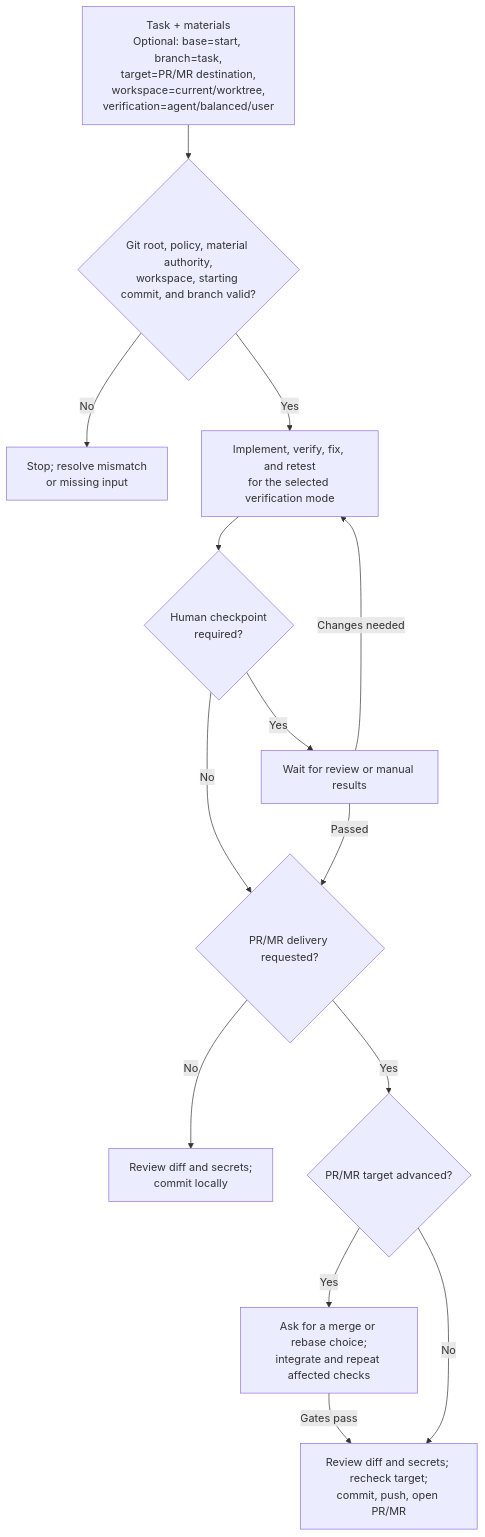
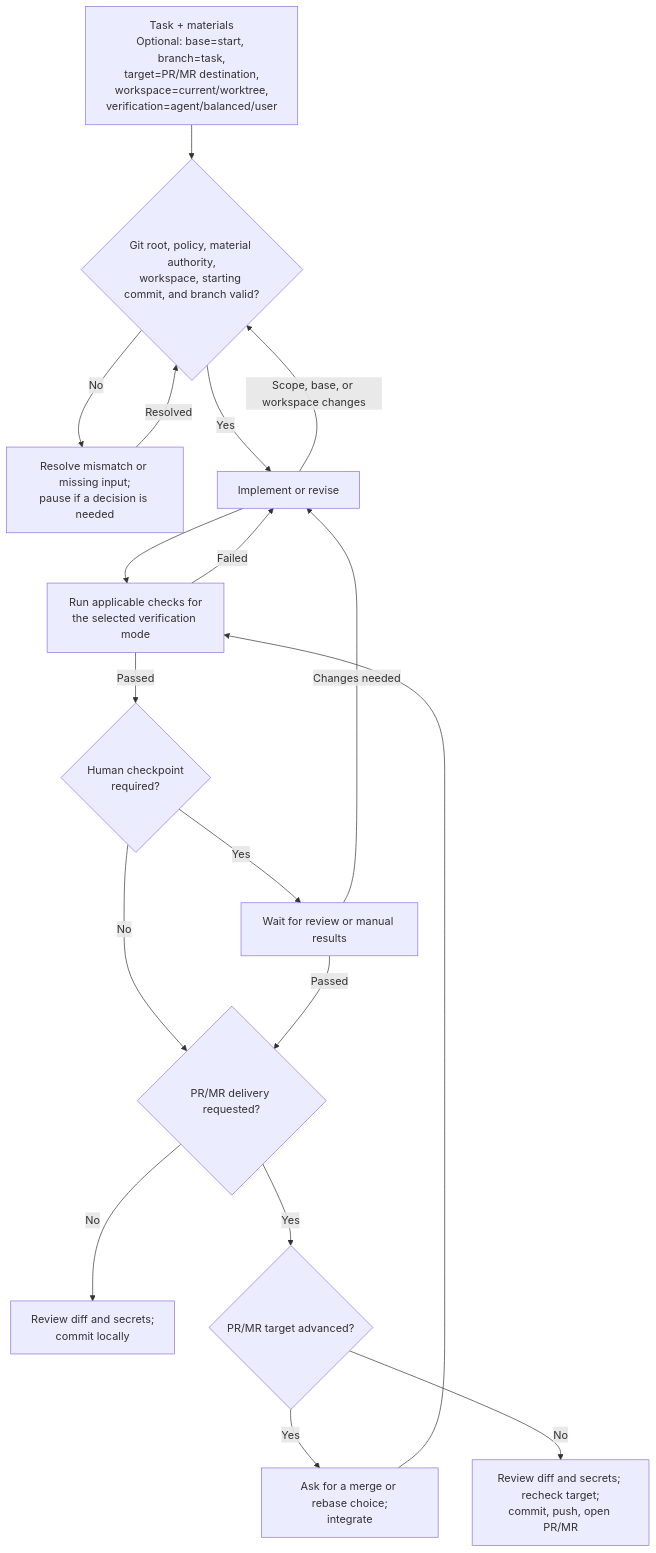
The diagram in docs/run-task-end-to-end.md (sherrilla71940/dotfiles), drawn with Mermaid before and after one commit. The commit also changed other lines of this file and 1 other file, not shown here.

Commit message:
docs(workflow): show iterative task paths

````diff
--- a/docs/run-task-end-to-end.md
+++ b/docs/run-task-end-to-end.md
@@ -27,16 +27,20 @@
 ```mermaid
 flowchart TB
     request["Task + materials<br/>Optional: base=start, branch=task,<br/>target=PR/MR destination,<br/>workspace=current/worktree,<br/>verification=agent/balanced/user"] --> ready{"Git root, policy, material authority,<br/>workspace, starting commit, and branch valid?"}
-    ready -->|No| stop["Stop; resolve mismatch<br/>or missing input"]
-    ready -->|Yes| work["Implement, verify, fix, and retest<br/>for the selected verification mode"]
-    work --> gate{"Human checkpoint<br/>required?"}
+    ready -->|No| resolve["Resolve mismatch or missing input;<br/>pause if a decision is needed"]
+    resolve -->|Resolved| ready
+    ready -->|Yes| work["Implement or revise"]
+    work --> verify["Run applicable checks for<br/>the selected verification mode"]
+    work -->|Scope, base, or workspace changes| ready
+    verify -->|Failed| work
+    verify -->|Passed| gate{"Human checkpoint<br/>required?"}
     gate -->|Yes| review["Wait for review or manual results"]
     gate -->|No| delivery{"PR/MR delivery requested?"}
     review -->|Passed| delivery
     review -->|Changes needed| work
     delivery -->|No| local["Review diff and secrets;<br/>commit locally"]
     delivery -->|Yes| freshness{"PR/MR target advanced?"}
-    freshness -->|Yes| integrate["Ask for a merge or rebase choice;<br/>integrate and repeat affected checks"]
-    integrate -->|Gates pass| publish["Review diff and secrets; recheck target;<br/>commit, push, open PR/MR"]
-    freshness -->|No| publish
+    freshness -->|Yes| integrate["Ask for a merge or rebase choice;<br/>integrate"]
+    integrate --> verify
+    freshness -->|No| publish["Review diff and secrets; recheck target;<br/>commit, push, open PR/MR"]
 ```
````
